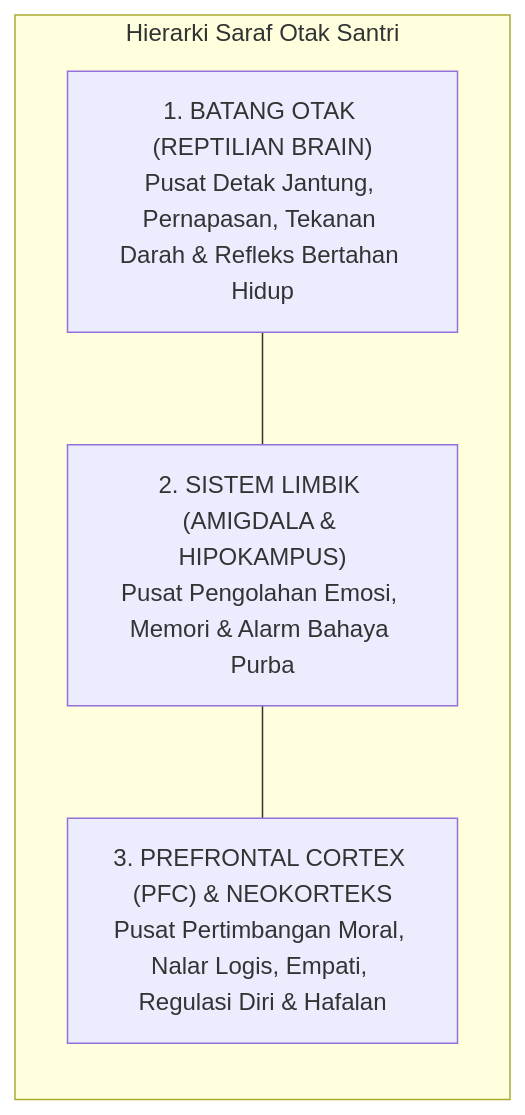
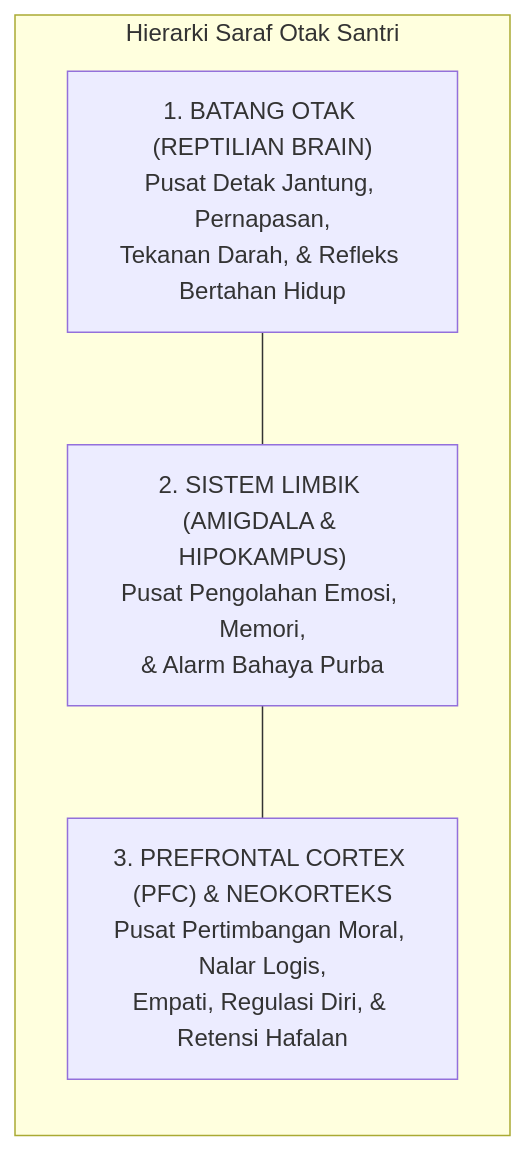
The second of 5 diagrams in BOOK Series 1/01-The-Fundamental-of-TUMBUH/Bab-01-Menatap-Krisis-Menegakkan-Orientasi.md (wandiapriliyandi/tumbuh), drawn with Mermaid before and after one commit. The commit also changed other lines of this file and 3 other files, not shown here.

Commit message:
fix(book-01): optimasi pemenggalan teks diagram alur Bab 1 dan perbarui file PDF

````diff
--- a/BOOK Series 1/01-The-Fundamental-of-TUMBUH/Bab-01-Menatap-Krisis-Menegakkan-Orientasi.md
+++ b/BOOK Series 1/01-The-Fundamental-of-TUMBUH/Bab-01-Menatap-Krisis-Menegakkan-Orientasi.md
@@ -72,12 +72,12 @@
 ```mermaid
 graph TD
     subgraph ARSITEKTUR_OTAK["Hierarki Saraf Otak Santri"]
         direction TB
-        PFC["3. PREFRONTAL CORTEX (PFC) & NEOKORTEKS<br/>Pusat Pertimbangan Moral, Nalar Logis, Empati, Regulasi Diri & Hafalan"]
-        LIM["2. SISTEM LIMBIK (AMIGDALA & HIPOKAMPUS)<br/>Pusat Pengolahan Emosi, Memori & Alarm Bahaya Purba"]
-        BRA["1. BATANG OTAK (REPTILIAN BRAIN)<br/>Pusat Detak Jantung, Pernapasan, Tekanan Darah & Refleks Bertahan Hidup"]
+        PFC["3. PREFRONTAL CORTEX (PFC) & NEOKORTEKS<br/>Pusat Pertimbangan Moral, Nalar Logis,<br/>Empati, Regulasi Diri, & Retensi Hafalan"]
+        LIM["2. SISTEM LIMBIK (AMIGDALA & HIPOKAMPUS)<br/>Pusat Pengolahan Emosi, Memori,<br/>& Alarm Bahaya Purba"]
+        BRA["1. BATANG OTAK (REPTILIAN BRAIN)<br/>Pusat Detak Jantung, Pernapasan,<br/>Tekanan Darah, & Refleks Bertahan Hidup"]
         
         BRA --- LIM
         LIM --- PFC
     end
 ```
````
